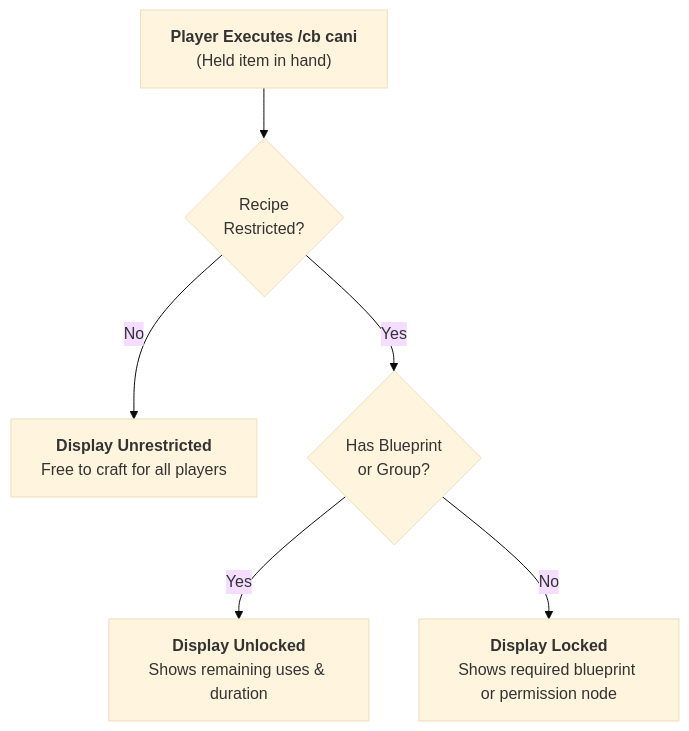
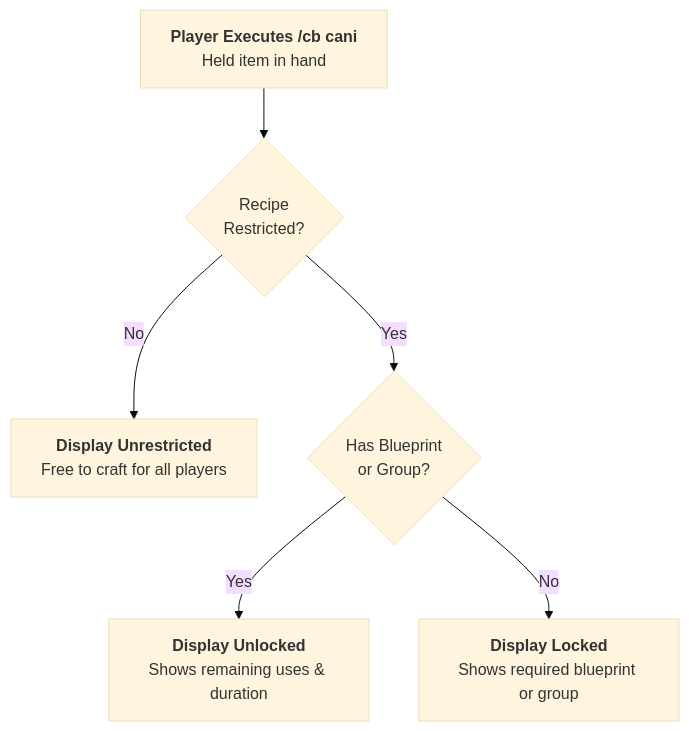
The diagram in docs/operations/player-commands.md (XZtotal/CraftingBlueprints-Wiki), drawn with Mermaid (base theme) before and after one commit. The commit also changed 24 other files, not shown here.

````diff
--- a/docs/operations/player-commands.md
+++ b/docs/operations/player-commands.md
@@ -95,9 +95,15 @@
 ```mermaid
 flowchart TD
-    Exec["<b>Player Executes /cb cani</b><br/>(Held item in hand)"]
-    --> Check{"Recipe<br/>Restricted?"}
-    Check -->|No| Free["<b>Display Unrestricted</b><br/>Free to craft for all players"]
-    Check -->|Yes| BPCheck{"Has Blueprint<br/>or Group?"}
-    BPCheck -->|Yes| CanCraft["<b>Display Unlocked</b><br/>Shows remaining uses & duration"]
-    BPCheck -->|No| Locked["<b>Display Locked</b><br/>Shows required blueprint or permission node"]
+    Exec["<b>Player Executes /cb cani</b><br/>Held item in hand"]
+    Check{"Recipe<br/>Restricted?"}
+    Free["<b>Display Unrestricted</b><br/>Free to craft for all players"]
+    BPCheck{"Has Blueprint<br/>or Group?"}
+    CanCraft["<b>Display Unlocked</b><br/>Shows remaining uses &amp; duration"]
+    Locked["<b>Display Locked</b><br/>Shows required blueprint or group"]
+
+    Exec --> Check
+    Check -->|No| Free
+    Check -->|Yes| BPCheck
+    BPCheck -->|Yes| CanCraft
+    BPCheck -->|No| Locked
 ```
````
